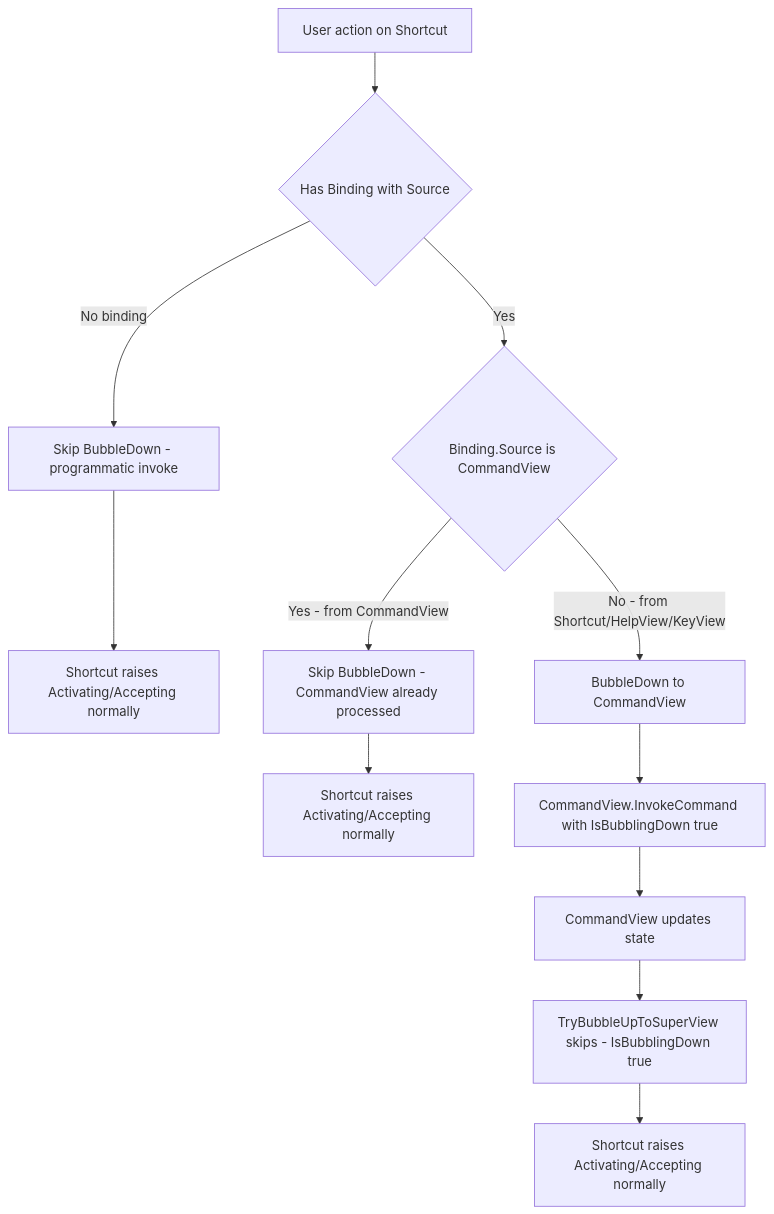
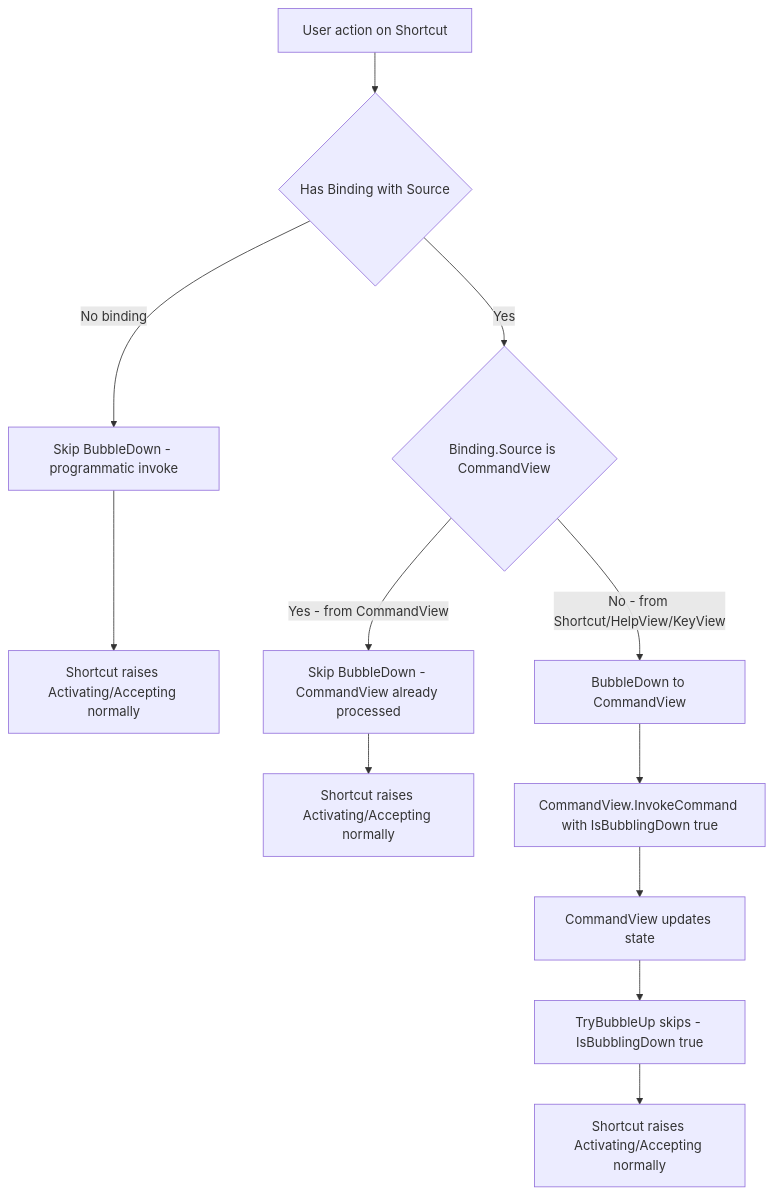
The fourth of 4 diagrams in docfx/docs/command.md (gui-cs/Terminal.Gui), drawn with Mermaid before and after one commit. The commit also changed other lines of this file and 15 other files, not shown here.

````diff
--- a/docfx/docs/command.md
+++ b/docfx/docs/command.md
@@ -450,18 +450,18 @@
 ```mermaid
 flowchart TD
     input[User action on Shortcut] --> check_binding{Has Binding with Source}
 
     check_binding --> |No binding| skip[Skip BubbleDown - programmatic invoke]
     skip --> raise_events1[Shortcut raises Activating/Accepting normally]
 
     check_binding --> |Yes| check_source{Binding.Source is CommandView}
 
     check_source --> |Yes - from CommandView| skip2[Skip BubbleDown - CommandView already processed]
     skip2 --> raise_events2[Shortcut raises Activating/Accepting normally]
 
     check_source --> |No - from Shortcut/HelpView/KeyView| bubble[BubbleDown to CommandView]
     bubble --> invoke[CommandView.InvokeCommand with IsBubblingDown true]
     invoke --> cv_update[CommandView updates state]
-    cv_update --> no_rebubble[TryBubbleUpToSuperView skips - IsBubblingDown true]
+    cv_update --> no_rebubble[TryBubbleUp skips - IsBubblingDown true]
     no_rebubble --> raise_events3[Shortcut raises Activating/Accepting normally]
 ```
````
